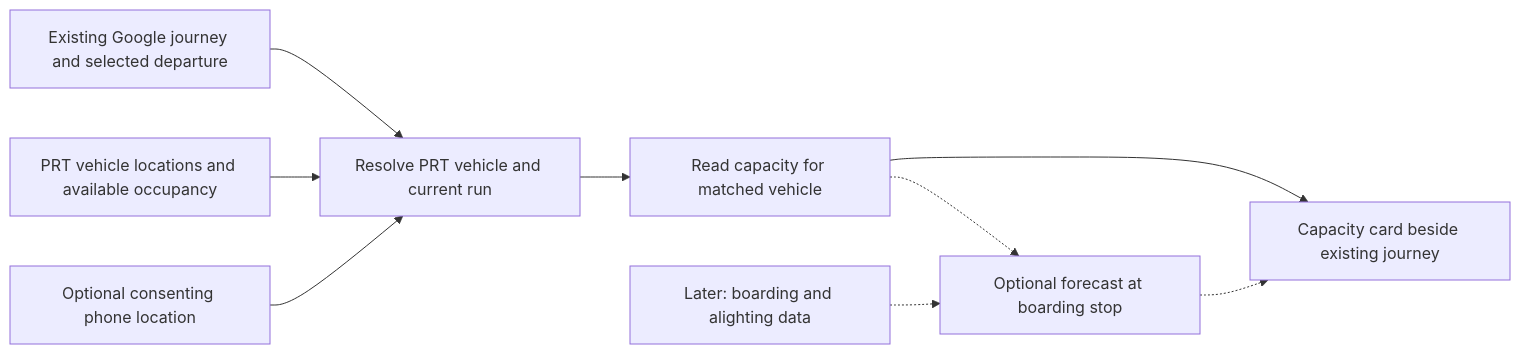
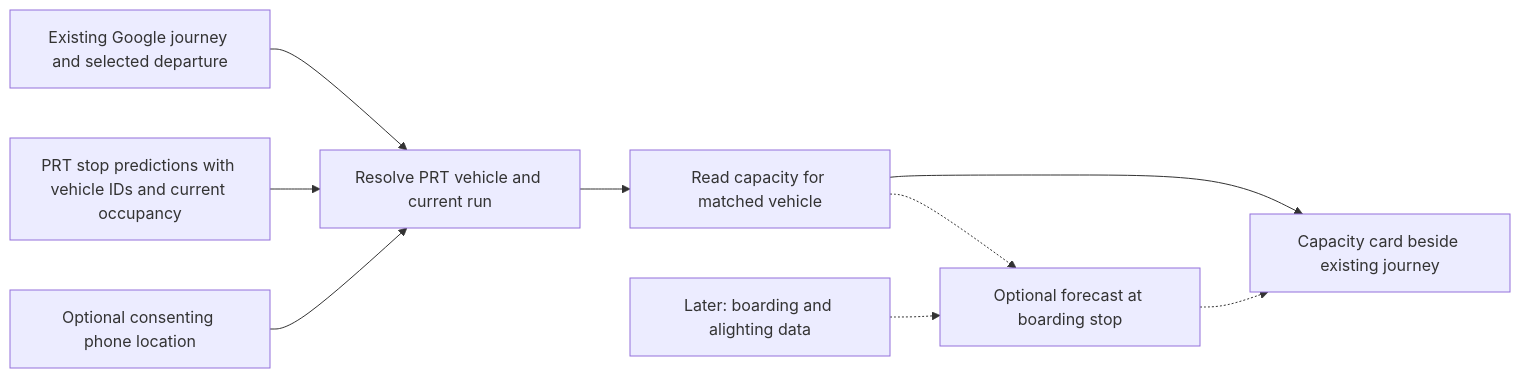
One commit to ethancurb/cmu-hackathon changed the diagram in docs/ARCHITECTURE.md. Above: the diagram before and after it, drawn with Mermaid. The commit also changed other lines of this file and 3 other files, not shown here.

````diff
--- a/docs/ARCHITECTURE.md
+++ b/docs/ARCHITECTURE.md
@@ -5,11 +5,11 @@
 ```mermaid
 flowchart LR
   Google[Existing Google journey and selected departure] --> Match[Resolve PRT vehicle and current run]
-  PRT[PRT vehicle locations and available occupancy] --> Match
+  PRT[PRT stop predictions with vehicle IDs and current occupancy] --> Match
   Phone[Optional consenting phone location] --> Match
   Match --> Capacity[Read capacity for matched vehicle]
   Capacity --> UI[Capacity card beside existing journey]
   History[Later: boarding and alighting data] -.-> Forecast[Optional forecast at boarding stop]
   Capacity -.-> Forecast
   Forecast -.-> UI
 ```
````
